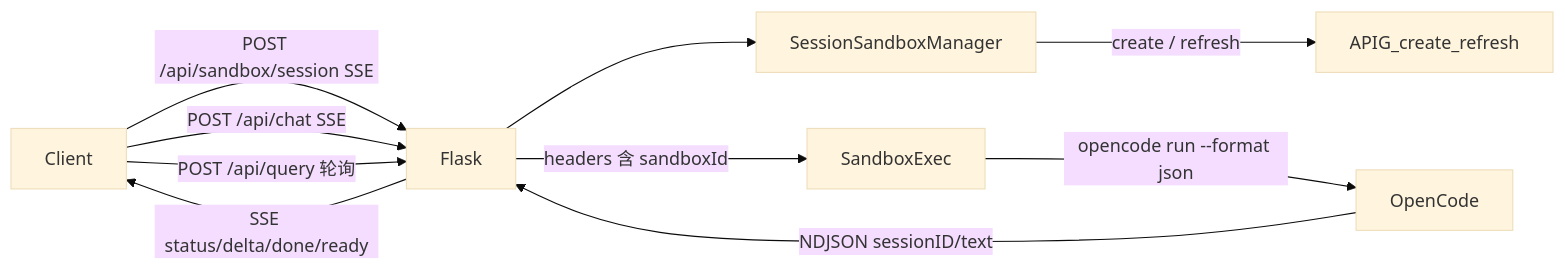
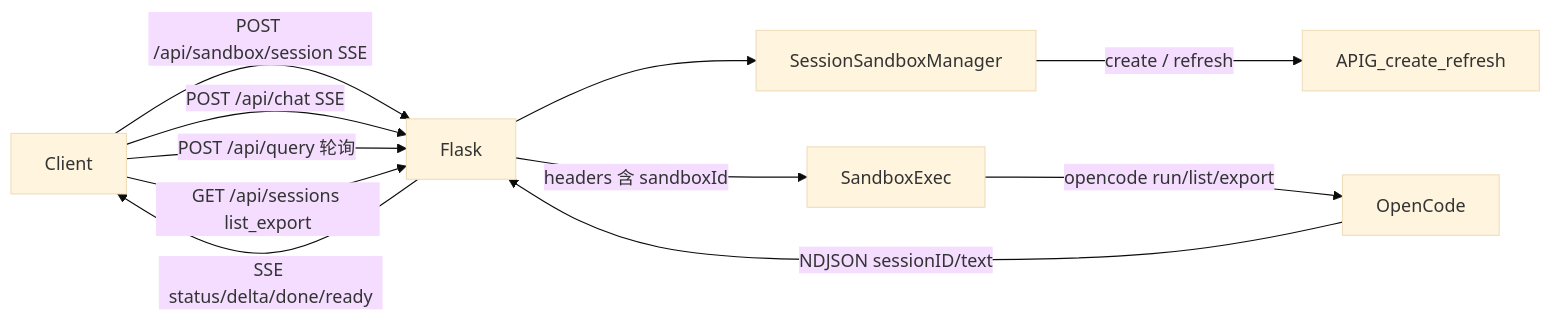
Before and after one commit to wangxiaomo12138/sdb: the diagram in TECH.md, drawn with Mermaid (base theme). The commit also changed other lines of this file and 7 other files, not shown here.

````diff
--- a/TECH.md
+++ b/TECH.md
@@ -32,19 +32,20 @@
 ```mermaid
 flowchart LR
   Client[Client]
   Flask[Flask]
   SessMgr[SessionSandboxManager]
   APIG[APIG_create_refresh]
   Exec[SandboxExec]
   OC[OpenCode]
 
   Client -->|POST /api/sandbox/session SSE| Flask
   Client -->|POST /api/chat SSE| Flask
   Client -->|POST /api/query 轮询| Flask
+  Client -->|GET /api/sessions list_export| Flask
   Flask --> SessMgr
   SessMgr -->|create / refresh| APIG
   Flask -->|headers 含 sandboxId| Exec
-  Exec -->|opencode run --format json| OC
+  Exec -->|opencode run/list/export| OC
   OC -->|NDJSON sessionID/text| Flask
   Flask -->|SSE status/delta/done/ready| Client
 ```
````
